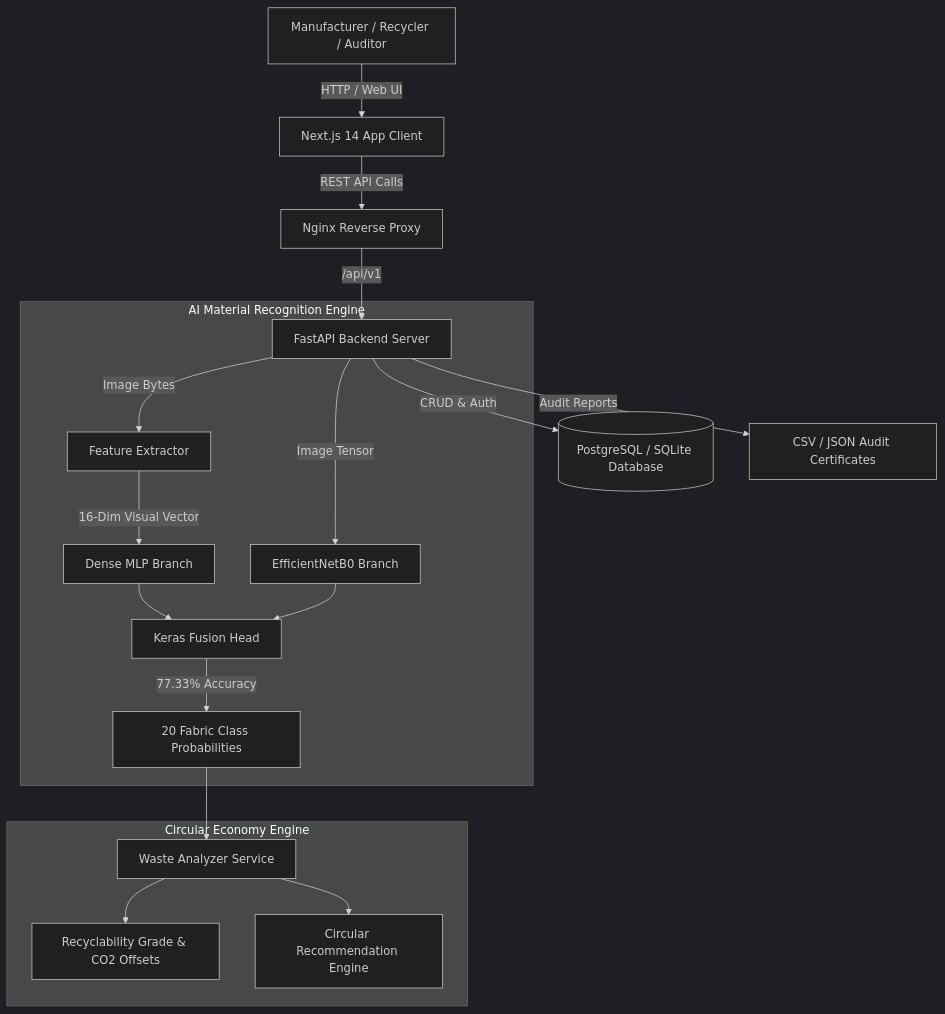
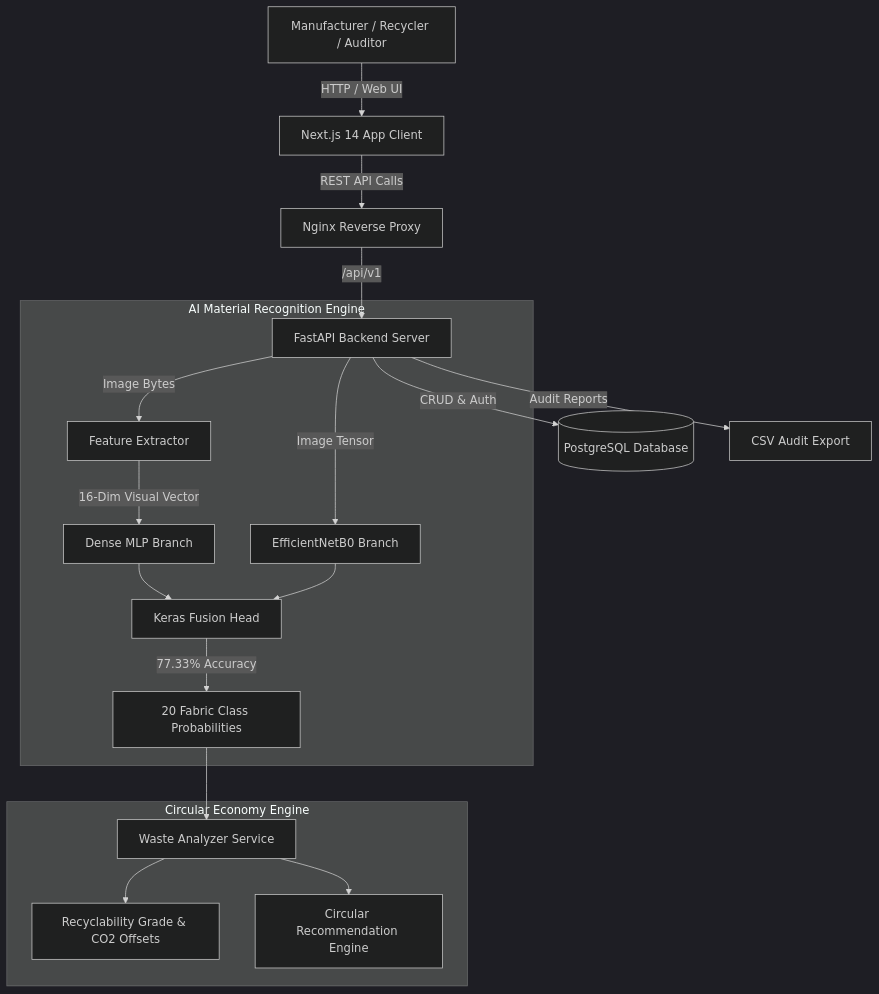
The diagram in README.md (springboardmentor73861x-blip/Textile-waste-management-), drawn with Mermaid (dark theme) before and after one commit. The commit also changed other lines of this file, not shown here.

````diff
--- a/README.md
+++ b/README.md
@@ -19,24 +81,24 @@
 ```mermaid
 graph TD
     User[Manufacturer / Recycler / Auditor] -->|HTTP / Web UI| Frontend[Next.js 14 App Client]
     Frontend -->|REST API Calls| Nginx[Nginx Reverse Proxy]
     Nginx -->|/api/v1| Backend[FastAPI Backend Server]
     
     subgraph AI Material Recognition Engine
         Backend -->|Image Bytes| Prep[Feature Extractor]
         Prep -->|16-Dim Visual Vector| VectorBranch[Dense MLP Branch]
         Backend -->|Image Tensor| Backbone[EfficientNetB0 Branch]
         VectorBranch --> Fusion[Keras Fusion Head]
         Backbone --> Fusion
         Fusion -->|77.33% Accuracy| Predict[20 Fabric Class Probabilities]
     end
 
     subgraph Circular Economy Engine
         Predict --> WasteEngine[Waste Analyzer Service]
         WasteEngine --> Recyclability[Recyclability Grade & CO2 Offsets]
         WasteEngine --> PathFinder[Circular Recommendation Engine]
     end
 
-    Backend -->|CRUD & Auth| Database[(PostgreSQL / SQLite Database)]
-    Backend -->|Audit Reports| CSV[CSV / JSON Audit Certificates]
+    Backend -->|CRUD & Auth| Database[(PostgreSQL Database)]
+    Backend -->|Audit Reports| CSV[CSV Audit Export]
 ```
````
